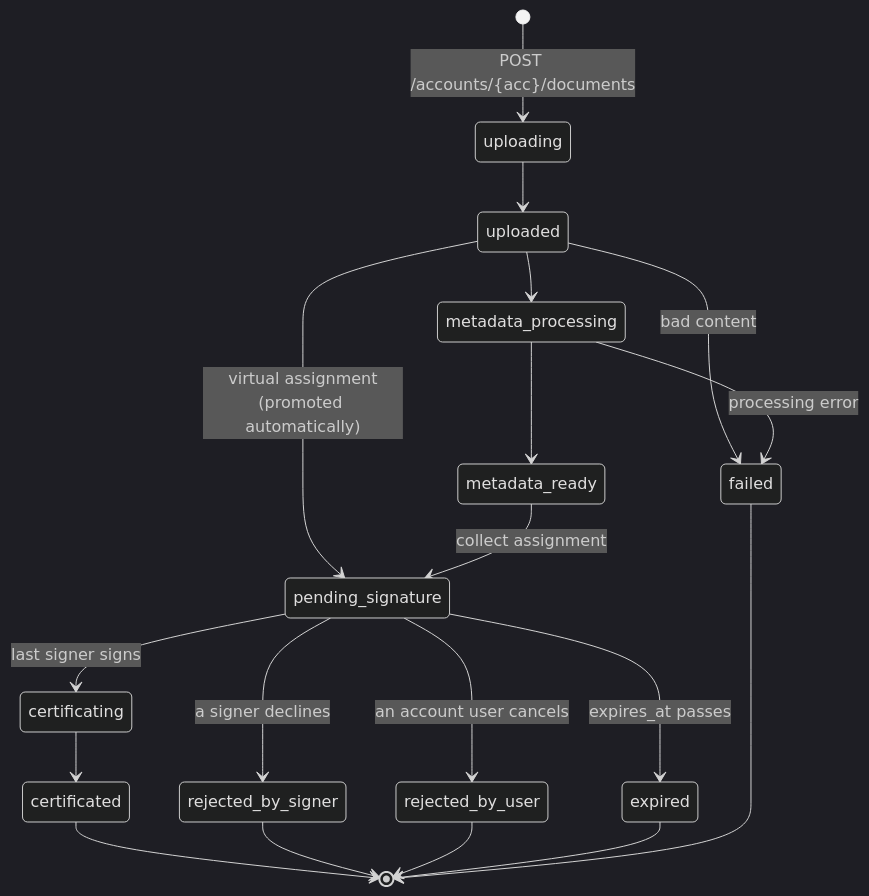
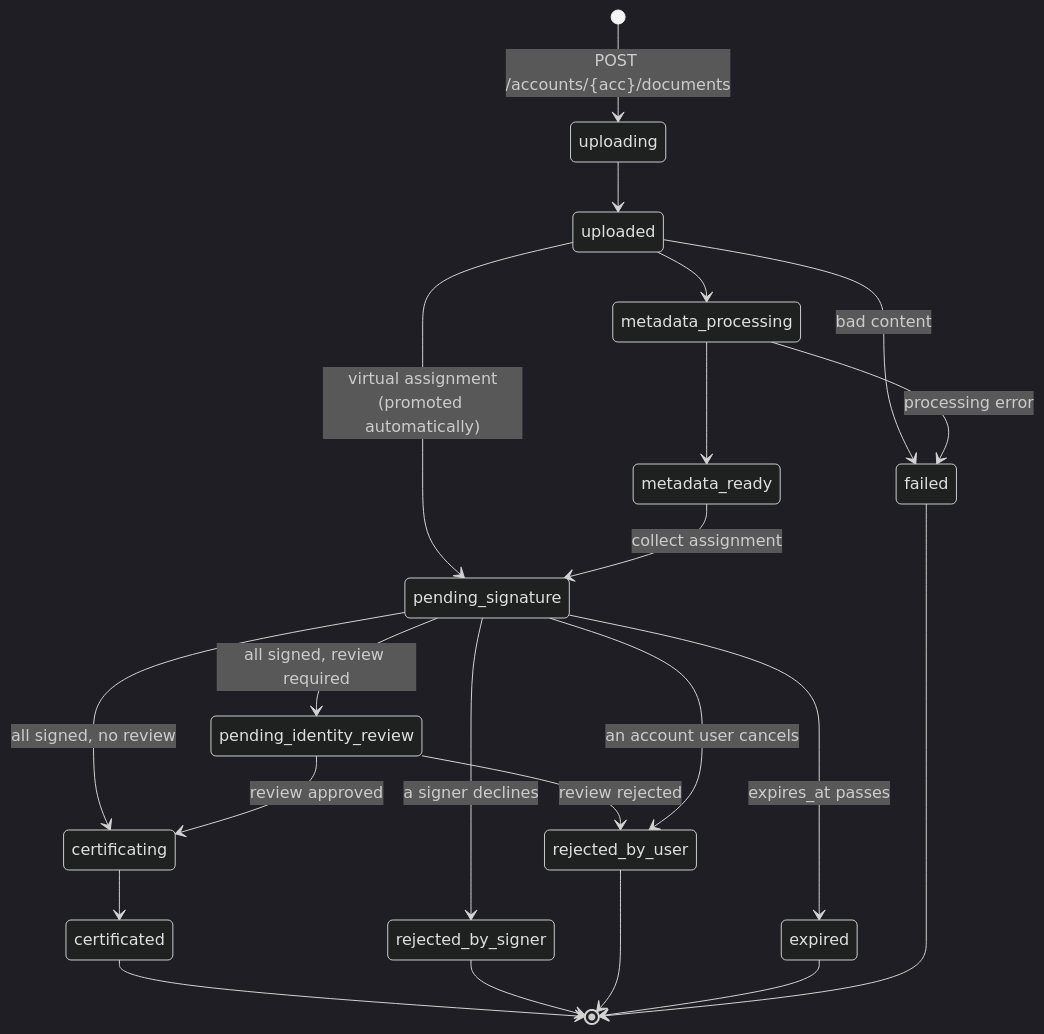
One commit to assinafy/wordpress-plugin changed the diagram in README.en.md. Above: the diagram before and after it, drawn with Mermaid (dark theme). The commit also changed other lines of this file and 37 other files, not shown here.

````diff
--- a/README.en.md
+++ b/README.en.md
@@ -103,26 +103,29 @@
 ```mermaid
 stateDiagram-v2
     [*] --> uploading: POST /accounts/{acc}/documents
     uploading --> uploaded
     uploaded --> metadata_processing
     metadata_processing --> metadata_ready
 
     uploaded --> failed: bad content
     metadata_processing --> failed: processing error
 
     uploaded --> pending_signature: virtual assignment<br/>(promoted automatically)
     metadata_ready --> pending_signature: collect assignment
 
-    pending_signature --> certificating: last signer signs
+    pending_signature --> certificating: all signed, no review
+    pending_signature --> pending_identity_review: all signed, review required
+    pending_identity_review --> certificating: review approved
+    pending_identity_review --> rejected_by_user: review rejected
     certificating --> certificated
 
     pending_signature --> rejected_by_signer: a signer declines
     pending_signature --> rejected_by_user: an account user cancels
     pending_signature --> expired: expires_at passes
 
     certificated --> [*]
     rejected_by_signer --> [*]
     rejected_by_user --> [*]
     expired --> [*]
     failed --> [*]
 ```
````
